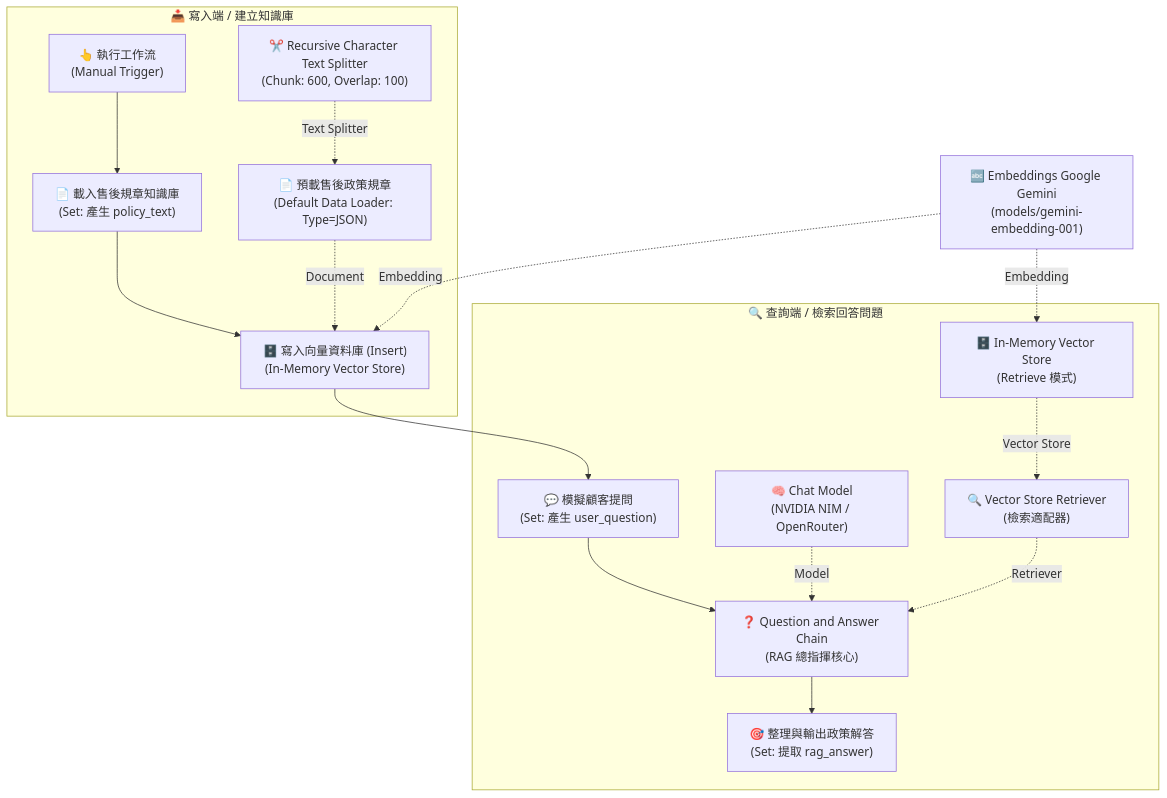
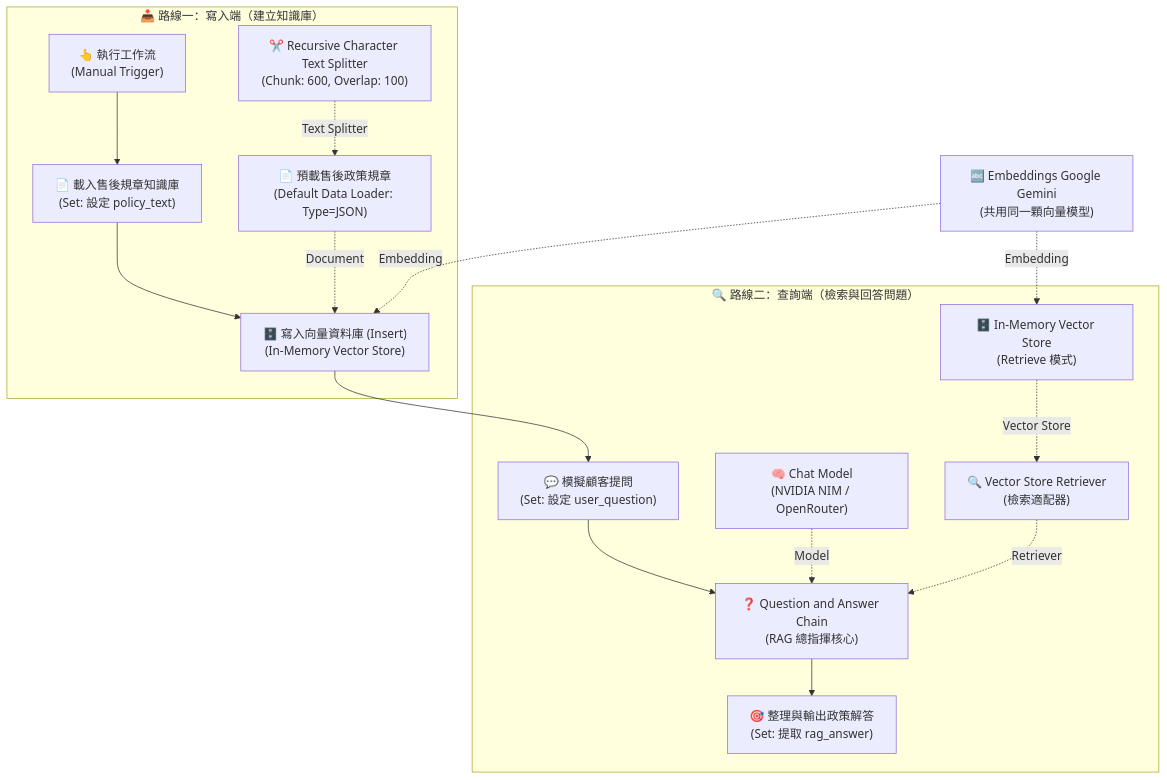
Before and after one commit to roberthsu2003/n8n: the diagram in AI_Agent/階段一_基礎專用AI節點/Question_and_Answer_Chain/README.md, drawn with Mermaid. The commit also changed other lines of this file, not shown here.

````diff
--- a/AI_Agent/階段一_基礎專用AI節點/Question_and_Answer_Chain/README.md
+++ b/AI_Agent/階段一_基礎專用AI節點/Question_and_Answer_Chain/README.md
@@ -31,23 +32,23 @@
 ```mermaid
 flowchart TD
-    subgraph Write_Pipeline ["📥 寫入端 / 建立知識庫"]
-        Trigger["👆 執行工作流<br/>(Manual Trigger)"] --> LoadDoc["📄 載入售後規章知識庫<br/>(Set: 產生 policy_text)"]
+    subgraph Write_Pipeline ["📥 路線一：寫入端（建立知識庫）"]
+        Trigger["👆 執行工作流<br/>(Manual Trigger)"] --> LoadDoc["📄 載入售後規章知識庫<br/>(Set: 設定 policy_text)"]
         LoadDoc --> InsertVS["🗄️ 寫入向量資料庫 (Insert)<br/>(In-Memory Vector Store)"]
         
         DocLoader["📄 預載售後政策規章<br/>(Default Data Loader: Type=JSON)"] -.->|Document| InsertVS
         Splitter["✂️ Recursive Character Text Splitter<br/>(Chunk: 600, Overlap: 100)"] -.->|Text Splitter| DocLoader
     end
 
-    subgraph Read_Pipeline ["🔍 查詢端 / 檢索回答問題"]
-        InsertVS --> Question["💬 模擬顧客提問<br/>(Set: 產生 user_question)"]
+    subgraph Read_Pipeline ["🔍 路線二：查詢端（檢索與回答問題）"]
+        InsertVS --> Question["💬 模擬顧客提問<br/>(Set: 設定 user_question)"]
         Question --> QAChain["❓ Question and Answer Chain<br/>(RAG 總指揮核心)"]
         QAChain --> Answer["🎯 整理與輸出政策解答<br/>(Set: 提取 rag_answer)"]
         
         ChatModel["🧠 Chat Model<br/>(NVIDIA NIM / OpenRouter)"] -.->|Model| QAChain
         Retriever["🔍 Vector Store Retriever<br/>(檢索適配器)"] -.->|Retriever| QAChain
         RetrieveVS["🗄️ In-Memory Vector Store<br/>(Retrieve 模式)"] -.->|Vector Store| Retriever
     end
 
-    SharedEmbed["🔤 Embeddings Google Gemini<br/>(models/gemini-embedding-001)"] -.->|Embedding| InsertVS
+    SharedEmbed["🔤 Embeddings Google Gemini<br/>(共用同一顆向量模型)"] -.->|Embedding| InsertVS
     SharedEmbed -.->|Embedding| RetrieveVS
 ```
````
